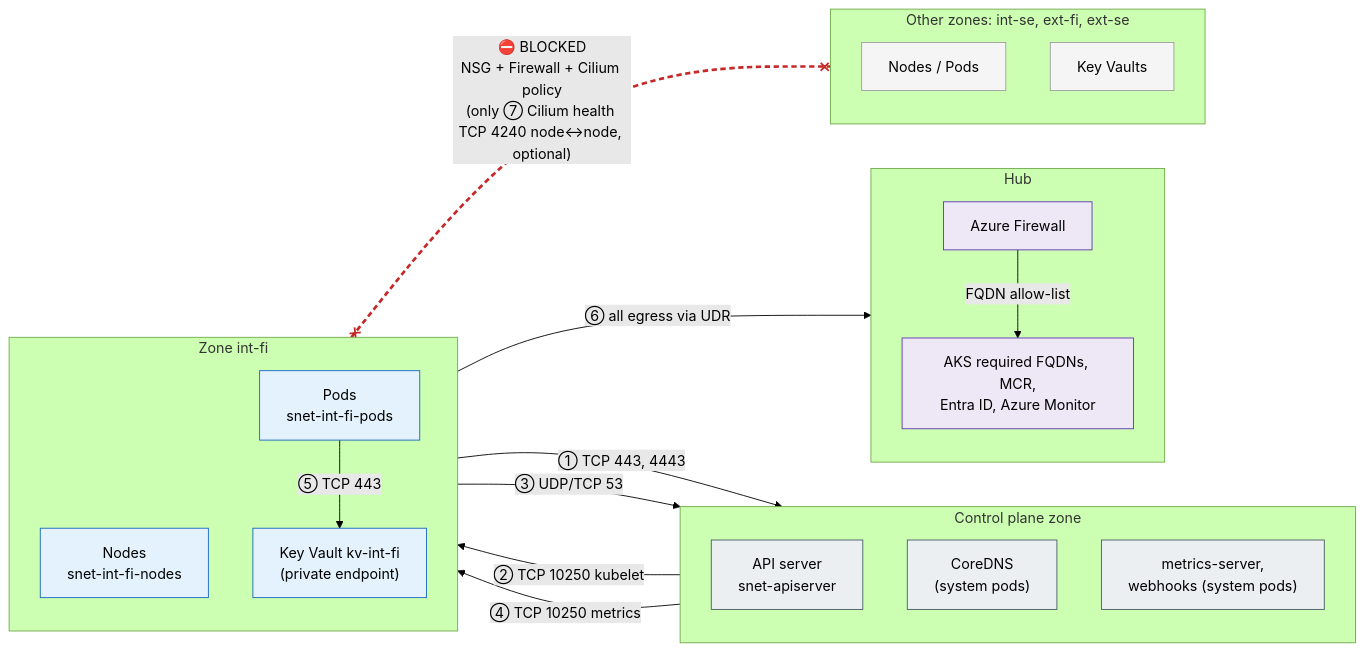
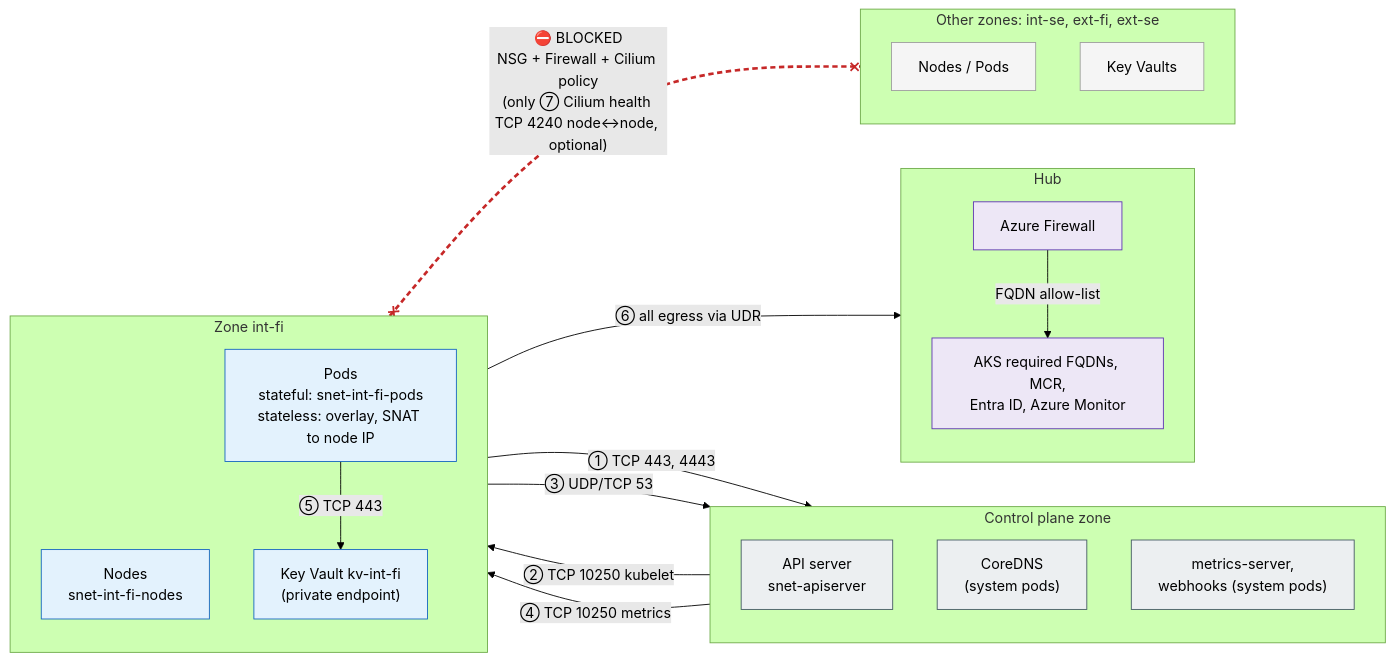
Before and after one commit to olljanat-ai/aks-design: the diagram in diagrams/05-allowed-flows.mmd, drawn with Mermaid (forest theme). The commit also changed 12 other files, not shown here.

```diff
--- a/diagrams/05-allowed-flows.mmd
+++ b/diagrams/05-allowed-flows.mmd
@@ -1,48 +1,48 @@
 %% Mandatory flows (numbered) for one workload zone; everything else between zones is blocked.
 %% The same pattern repeats for every zone; only the zone's own Key Vault and ingress differ.
 flowchart LR
     subgraph CP["Control plane zone"]
         direction TB
         api["API server<br/>snet-apiserver"]
         dns["CoreDNS<br/>(system pods)"]
         ms["metrics-server,<br/>webhooks (system pods)"]
     end
 
     subgraph Z["Zone int-fi"]
         direction TB
         n["Nodes<br/>snet-int-fi-nodes"]
-        p["Pods<br/>snet-int-fi-pods"]
+        p["Pods<br/>stateful: snet-int-fi-pods<br/>stateless: overlay, SNAT to node IP"]
         kv["Key Vault kv-int-fi<br/>(private endpoint)"]
     end
 
     subgraph H["Hub"]
         direction TB
         fw["Azure Firewall"]
         azure["AKS required FQDNs, MCR,<br/>Entra ID, Azure Monitor"]
     end
 
     subgraph O["Other zones: int-se, ext-fi, ext-se"]
         direction TB
         on["Nodes / Pods"]
         okv["Key Vaults"]
     end
 
     n -->|"① TCP 443, 4443"| api
     api -->|"② TCP 10250 kubelet"| n
     p -->|"③ UDP/TCP 53"| dns
     ms -->|"④ TCP 10250 metrics"| n
     p -->|"⑤ TCP 443"| kv
     Z -->|"⑥ all egress via UDR"| fw
     fw -->|"FQDN allow-list"| azure
     Z x-.-x|"⛔ BLOCKED<br/>NSG + Firewall + Cilium policy<br/>(only ⑦ Cilium health TCP 4240 node↔node, optional)"| O
 
     linkStyle 7 stroke:#c62828,stroke-width:3px,stroke-dasharray:6 4
 
     classDef cp fill:#eceff1,stroke:#455a64,color:#000
     classDef int fill:#e3f2fd,stroke:#1565c0,color:#000
     classDef other fill:#f5f5f5,stroke:#9e9e9e,color:#000
     classDef hub fill:#ede7f6,stroke:#5e35b1,color:#000
     class api,dns,ms cp
     class n,p,kv int
     class on,okv other
     class fw,azure hub
```
